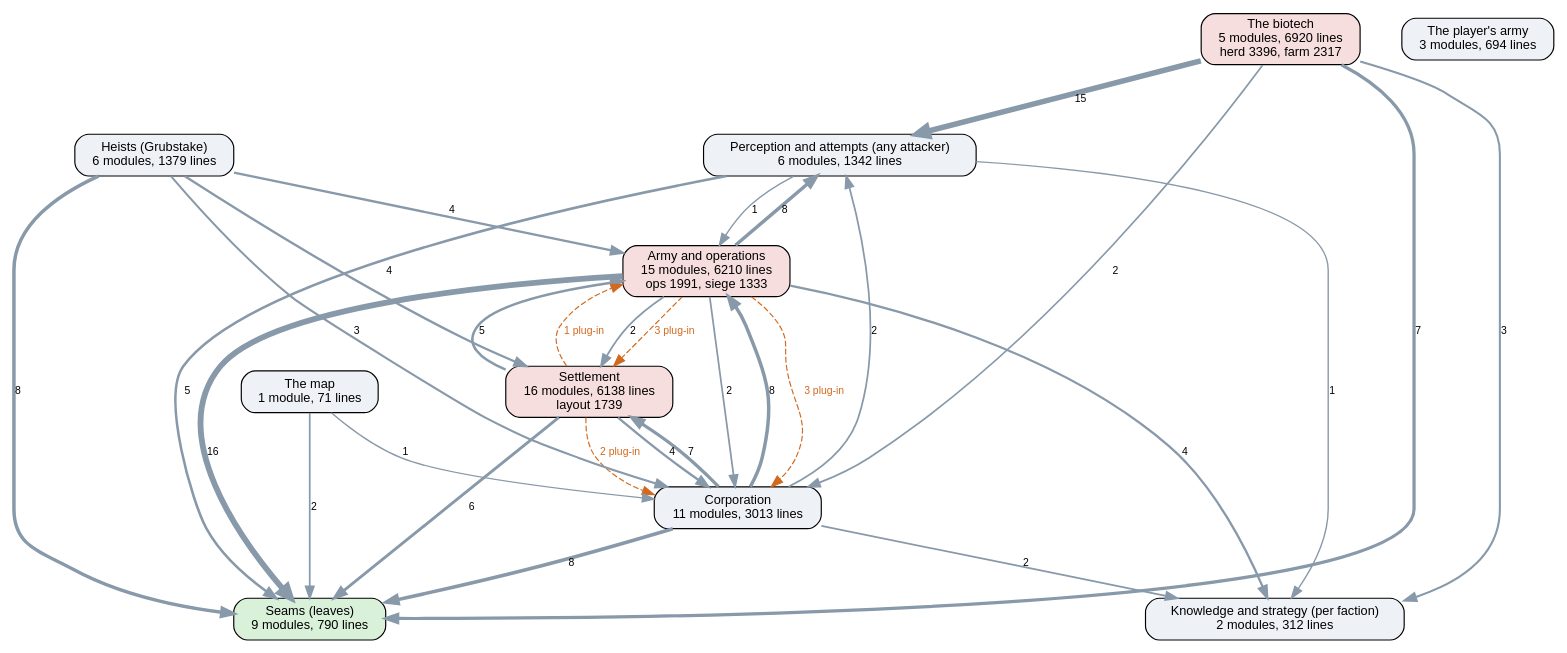
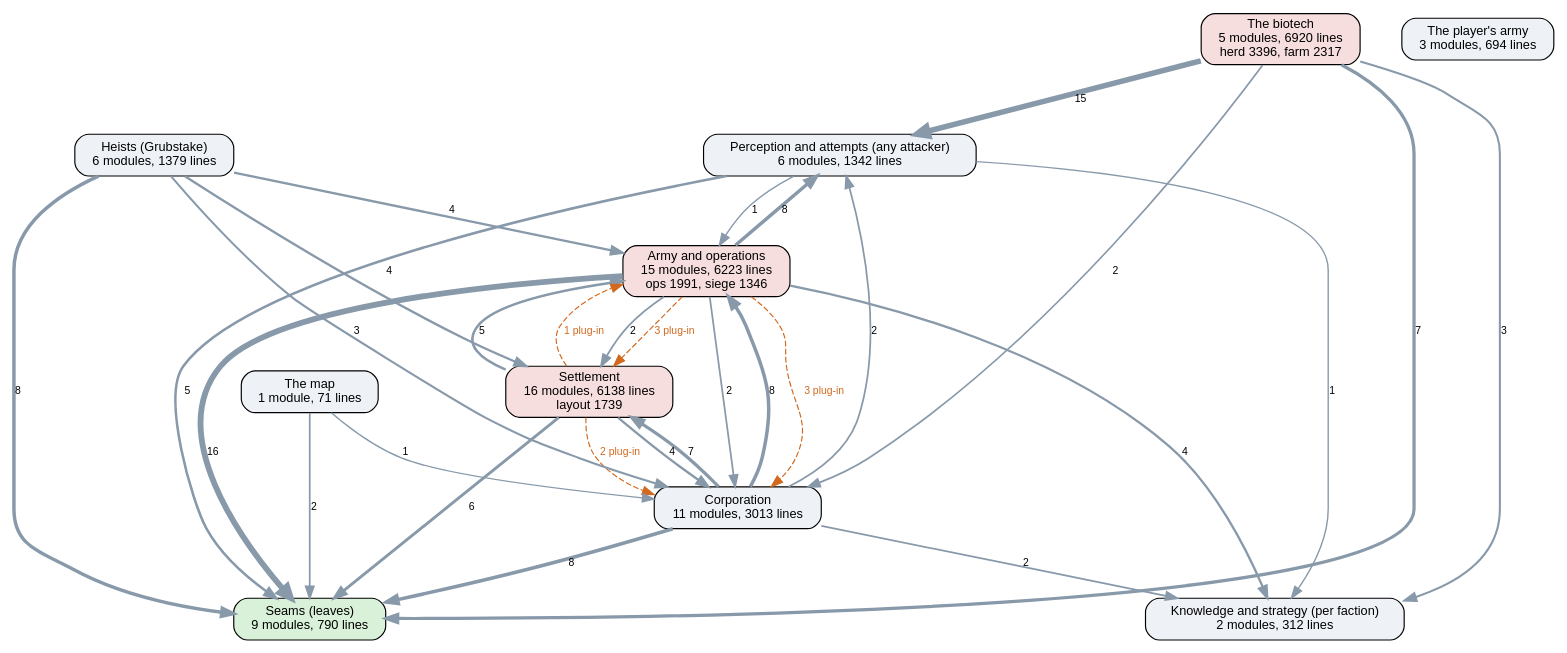
Before and after one commit to kinelhu/landing-party: the diagram in docs/ai-layers.dot, drawn with Graphviz. The commit also changed 8 other files, not shown here.

```diff
--- a/docs/ai-layers.dot
+++ b/docs/ai-layers.dot
@@ -1,45 +1,45 @@
 digraph layers {
   graph [rankdir=TB, fontname="Helvetica", nodesep=0.5, ranksep=0.7];
   node [shape=box, style="rounded,filled", fontname="Helvetica", fontsize=11, fillcolor="#eef2f7"];
   edge [color="#8899aa", fontname="Helvetica", fontsize=9];
   "Seams (leaves)" [label="Seams (leaves)\n9 modules, 790 lines", fillcolor="#d9f0d9"];
   "Perception and attempts (any attacker)" [label="Perception and attempts (any attacker)\n6 modules, 1342 lines", fillcolor="#eef2f7"];
   "Knowledge and strategy (per faction)" [label="Knowledge and strategy (per faction)\n2 modules, 312 lines", fillcolor="#eef2f7"];
   "Corporation" [label="Corporation\n11 modules, 3013 lines", fillcolor="#eef2f7"];
   "Settlement" [label="Settlement\n16 modules, 6138 lines\nlayout 1739", fillcolor="#f7dede"];
-  "Army and operations" [label="Army and operations\n15 modules, 6210 lines\nops 1991, siege 1333", fillcolor="#f7dede"];
+  "Army and operations" [label="Army and operations\n15 modules, 6223 lines\nops 1991, siege 1346", fillcolor="#f7dede"];
   "Heists (Grubstake)" [label="Heists (Grubstake)\n6 modules, 1379 lines", fillcolor="#eef2f7"];
   "The biotech" [label="The biotech\n5 modules, 6920 lines\nherd 3396, farm 2317", fillcolor="#f7dede"];
   "The map" [label="The map\n1 module, 71 lines", fillcolor="#eef2f7"];
   "The player's army" [label="The player's army\n3 modules, 694 lines", fillcolor="#eef2f7"];
   "Army and operations" -> "Corporation" [label="2", penwidth=1.5];
   "Army and operations" -> "Knowledge and strategy (per faction)" [label="4", penwidth=2.0];
   "Army and operations" -> "Perception and attempts (any attacker)" [label="8", penwidth=3.0];
   "Army and operations" -> "Seams (leaves)" [label="16", penwidth=5.0];
   "Army and operations" -> "Settlement" [label="2", penwidth=1.5];
   "Corporation" -> "Army and operations" [label="8", penwidth=3.0];
   "Corporation" -> "Knowledge and strategy (per faction)" [label="2", penwidth=1.5];
   "Corporation" -> "Perception and attempts (any attacker)" [label="2", penwidth=1.5];
   "Corporation" -> "Seams (leaves)" [label="8", penwidth=3.0];
   "Corporation" -> "Settlement" [label="7", penwidth=2.8];
   "Heists (Grubstake)" -> "Army and operations" [label="4", penwidth=2.0];
   "Heists (Grubstake)" -> "Corporation" [label="3", penwidth=1.8];
   "Heists (Grubstake)" -> "Seams (leaves)" [label="8", penwidth=3.0];
   "Heists (Grubstake)" -> "Settlement" [label="4", penwidth=2.0];
   "Perception and attempts (any attacker)" -> "Army and operations" [label="1", penwidth=1.2];
   "Perception and attempts (any attacker)" -> "Knowledge and strategy (per faction)" [label="1", penwidth=1.2];
   "Perception and attempts (any attacker)" -> "Seams (leaves)" [label="5", penwidth=2.2];
   "Settlement" -> "Army and operations" [label="5", penwidth=2.2];
   "Settlement" -> "Corporation" [label="4", penwidth=2.0];
   "Settlement" -> "Seams (leaves)" [label="6", penwidth=2.5];
   "The biotech" -> "Corporation" [label="2", penwidth=1.5];
   "The biotech" -> "Knowledge and strategy (per faction)" [label="3", penwidth=1.8];
   "The biotech" -> "Perception and attempts (any attacker)" [label="15", penwidth=4.8];
   "The biotech" -> "Seams (leaves)" [label="7", penwidth=2.8];
   "The map" -> "Corporation" [label="1", penwidth=1.2];
   "The map" -> "Seams (leaves)" [label="2", penwidth=1.5];
   "Army and operations" -> "Corporation" [style=dashed, color="#d2691e", fontcolor="#d2691e", label="3 plug-in"];
   "Army and operations" -> "Settlement" [style=dashed, color="#d2691e", fontcolor="#d2691e", label="3 plug-in"];
   "Settlement" -> "Army and operations" [style=dashed, color="#d2691e", fontcolor="#d2691e", label="1 plug-in"];
   "Settlement" -> "Corporation" [style=dashed, color="#d2691e", fontcolor="#d2691e", label="2 plug-in"];
 }
```
